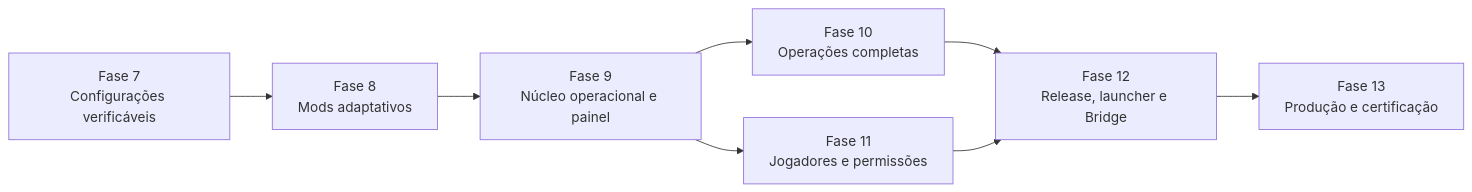
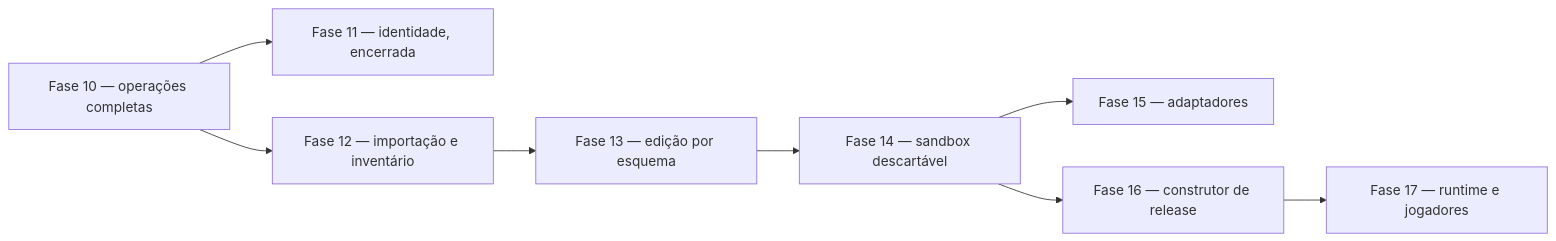
One commit to Myerzx/Void-Modpack changed the diagram in docs/plataforma/FINAL_IMPLEMENTATION_PLAN.md. Above: the diagram before and after it, drawn with Mermaid. The commit also changed other lines of this file and 7 other files, not shown here.

````diff
--- a/docs/plataforma/FINAL_IMPLEMENTATION_PLAN.md
+++ b/docs/plataforma/FINAL_IMPLEMENTATION_PLAN.md
@@ -46,10 +48,10 @@
 ```mermaid
 flowchart LR
-    G7["Fase 7\nConfigurações verificáveis"] --> G8["Fase 8\nMods adaptativos"]
-    G8 --> G9["Fase 9\nNúcleo operacional e painel"]
-    G9 --> G10["Fase 10\nOperações completas"]
-    G9 --> G11["Fase 11\nJogadores e permissões"]
-    G10 --> G12["Fase 12\nRelease, launcher e Bridge"]
-    G11 --> G12
-    G12 --> G13["Fase 13\nProdução e certificação"]
+    G10["Fase 10 — operações completas"] --> G11["Fase 11 — identidade, encerrada"]
+    G10 --> G12["Fase 12 — importação e inventário"]
+    G12 --> G13["Fase 13 — edição por esquema"]
+    G13 --> G14["Fase 14 — sandbox descartável"]
+    G14 --> G15["Fase 15 — adaptadores"]
+    G14 --> G16["Fase 16 — construtor de release"]
+    G16 --> G17["Fase 17 — runtime e jogadores"]
 ```
````
